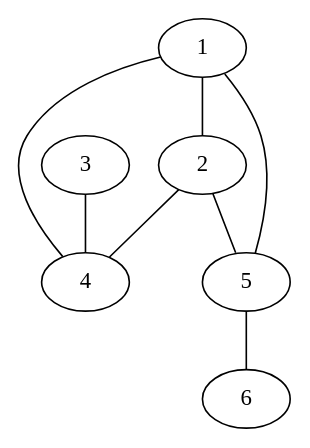
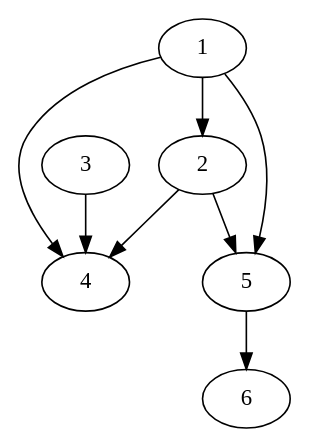
The diagram in saida.dot (pedrobellotti/trabalhoGrafos), drawn with Graphviz before and after one commit. The commit also changed 2 other files, not shown here.

```diff
--- a/saida.dot
+++ b/saida.dot
@@ -1,9 +1,9 @@
-graph {
-1 -- 2;
-1 -- 4;
-1 -- 5;
-2 -- 4;
-2 -- 5;
-3 -- 4;
-5 -- 6;
+digraph {
+1 -> 2;
+1 -> 4;
+1 -> 5;
+2 -> 4;
+2 -> 5;
+3 -> 4;
+5 -> 6;
 }
```
